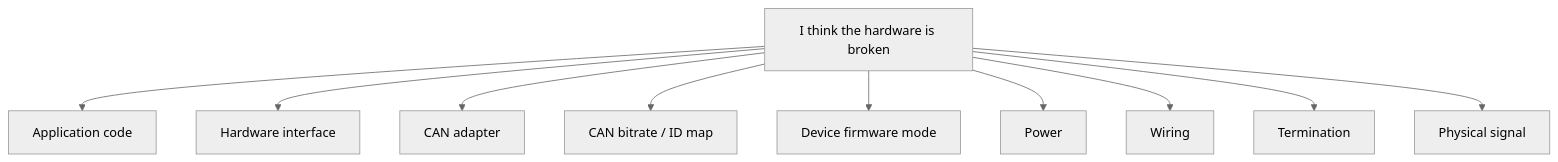
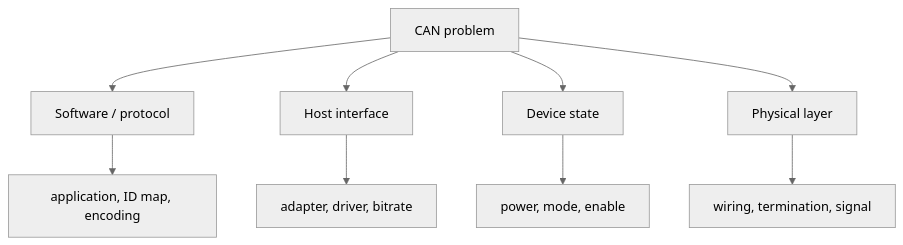
The first of 3 diagrams in _posts/CAN/2024-09-03-debugcan.md (dokkev/dokkev.github.io), drawn with Mermaid (neutral theme) before and after one commit. The commit also changed other lines of this file and 2 other files, not shown here.

````diff
--- a/_posts/CAN/2024-09-03-debugcan.md
+++ b/_posts/CAN/2024-09-03-debugcan.md
@@ -41,12 +41,12 @@
 ```mermaid
 flowchart TD
-    A["I think the hardware is broken"] --> B["Application code"]
-    A --> C["Hardware interface"]
-    A --> D["CAN adapter"]
-    A --> E["CAN bitrate / ID map"]
-    A --> F["Device firmware mode"]
-    A --> G["Power"]
-    A --> H["Wiring"]
-    A --> I["Termination"]
-    A --> J["Physical signal"]
+    A["CAN problem"] --> B["Software / protocol"]
+    A --> C["Host interface"]
+    A --> D["Device state"]
+    A --> E["Physical layer"]
+
+    B --> B1["application, ID map, encoding"]
+    C --> C1["adapter, driver, bitrate"]
+    D --> D1["power, mode, enable"]
+    E --> E1["wiring, termination, signal"]
 ```
````
